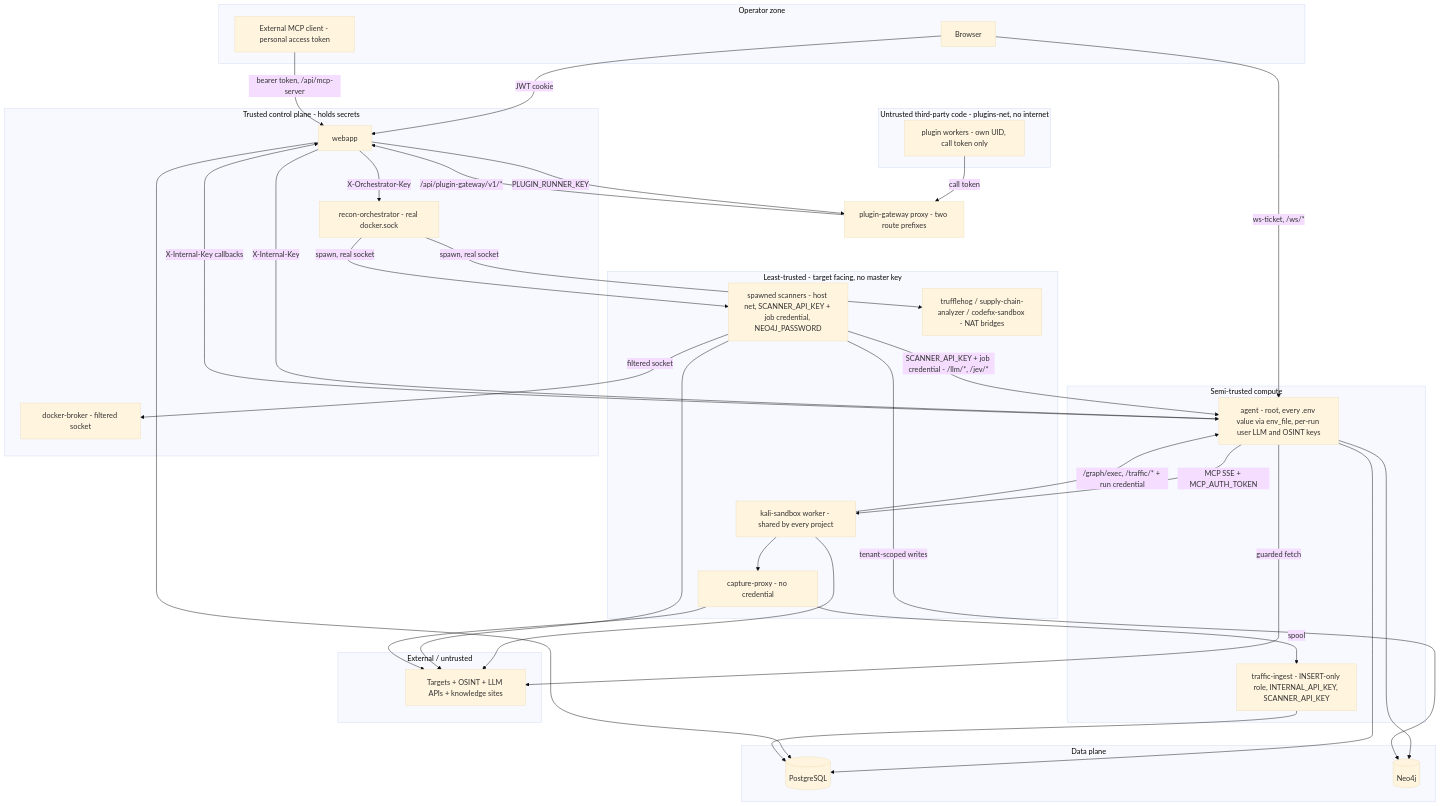
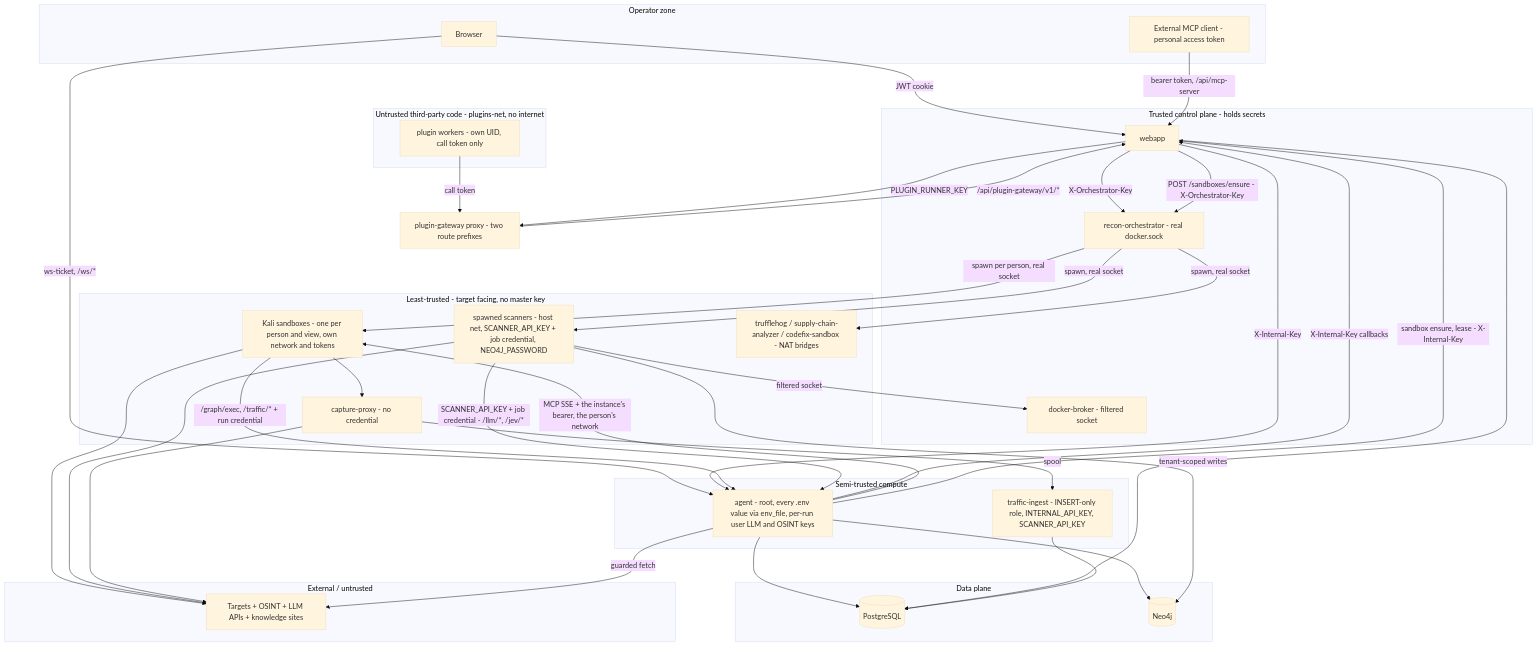
The fourth of 4 diagrams in docs/readmes/README.TM.SYSTEM_OVERVIEW.md (samugit83/redamon), drawn with Mermaid (base theme) before and after one commit. The commit also changed other lines of this file and 52 other files, not shown here.

First line of the commit message:
docs(sandbox): per-user Kali sandboxes across docs, wiki and agent rules (group 1)

````diff
--- a/docs/readmes/README.TM.SYSTEM_OVERVIEW.md
+++ b/docs/readmes/README.TM.SYSTEM_OVERVIEW.md
@@ -800,60 +816,63 @@
 ```mermaid
 graph TB
     subgraph TB0 [Operator zone]
         BROWSER[Browser]
         MCPC[External MCP client - personal access token]
     end
     subgraph TB1 [Trusted control plane - holds secrets]
         WEB[webapp]
         ORCH[recon-orchestrator - real docker.sock]
         BROKER[docker-broker - filtered socket]
     end
     subgraph TB2 [Data plane]
         PG[(PostgreSQL)]
         NEO[(Neo4j)]
     end
     subgraph TB3 [Semi-trusted compute]
         AGENT[agent - root, every .env value via env_file, per-run user LLM and OSINT keys]
         INGEST[traffic-ingest - INSERT-only role, INTERNAL_API_KEY, SCANNER_API_KEY]
     end
     subgraph TB4 [Least-trusted - target facing, no master key]
-        KALI[kali-sandbox worker - shared by every project]
+        KALI[Kali sandboxes - one per person and view, own network and tokens]
         SCAN[spawned scanners - host net, SCANNER_API_KEY + job credential, NEO4J_PASSWORD]
         CAP[capture-proxy - no credential]
         SEALED[trufflehog / supply-chain-analyzer / codefix-sandbox - NAT bridges]
     end
     subgraph TB5 [External / untrusted]
         TGT[Targets + OSINT + LLM APIs + knowledge sites]
     end
     subgraph TB6 [Untrusted third-party code - plugins-net, no internet]
         PW[plugin workers - own UID, call token only]
     end
     PGW[plugin-gateway proxy - two route prefixes]
 
     BROWSER -->|JWT cookie| WEB
     BROWSER -->|ws-ticket, /ws/*| AGENT
     MCPC -->|bearer token, /api/mcp-server| WEB
     PW -->|call token| PGW
     PGW -->|/api/plugin-gateway/v1/*| WEB
     WEB -->|PLUGIN_RUNNER_KEY| PGW
     WEB -->|X-Orchestrator-Key| ORCH
     WEB -->|X-Internal-Key| AGENT
     AGENT -->|X-Internal-Key callbacks| WEB
-    AGENT -->|MCP SSE + MCP_AUTH_TOKEN| KALI
+    AGENT -->|MCP SSE + the instance's bearer, the person's network| KALI
+    AGENT -->|sandbox ensure, lease - X-Internal-Key| WEB
+    WEB -->|POST /sandboxes/ensure - X-Orchestrator-Key| ORCH
+    ORCH -->|spawn per person, real socket| KALI
     KALI -->|/graph/exec, /traffic/* + run credential| AGENT
     SCAN -->|SCANNER_API_KEY + job credential - /llm/*, /jev/*| AGENT
     SCAN -->|filtered socket| BROKER
     ORCH -->|spawn, real socket| SCAN
     ORCH -->|spawn, real socket| SEALED
     AGENT --> NEO
     AGENT --> PG
     WEB --> PG
     INGEST --> PG
     KALI --> CAP
     CAP -->|spool| INGEST
     KALI --> TGT
     SCAN --> TGT
     CAP --> TGT
     AGENT -->|guarded fetch| TGT
     SCAN -->|tenant-scoped writes| NEO
 ```
````
